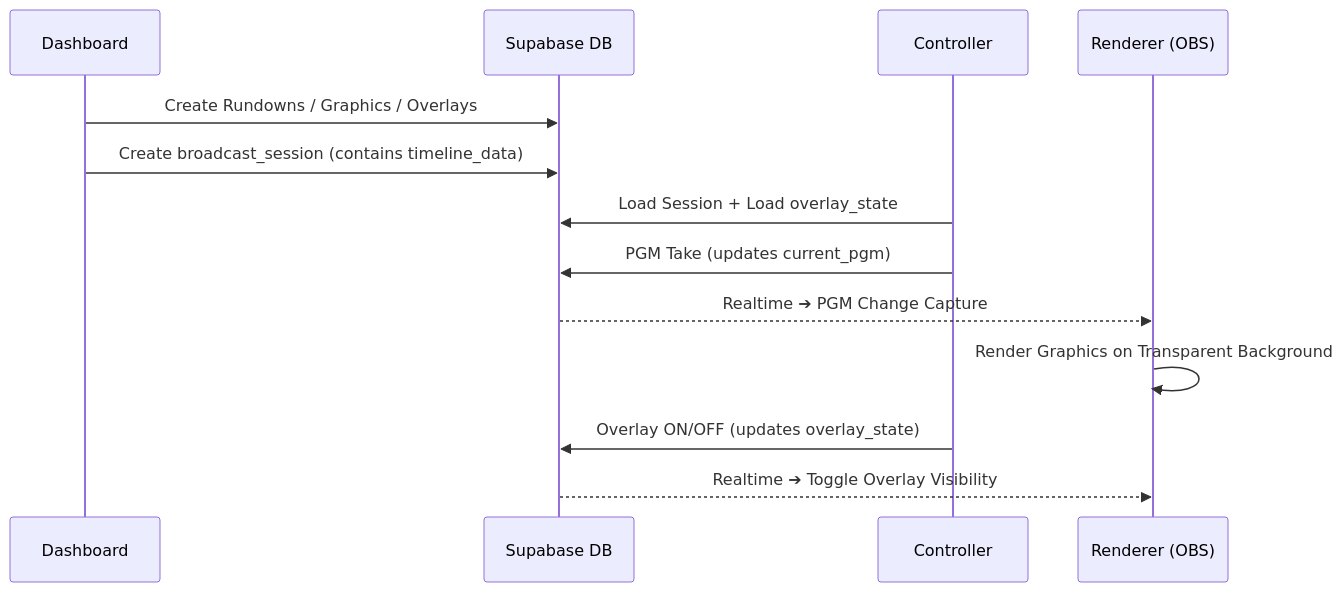
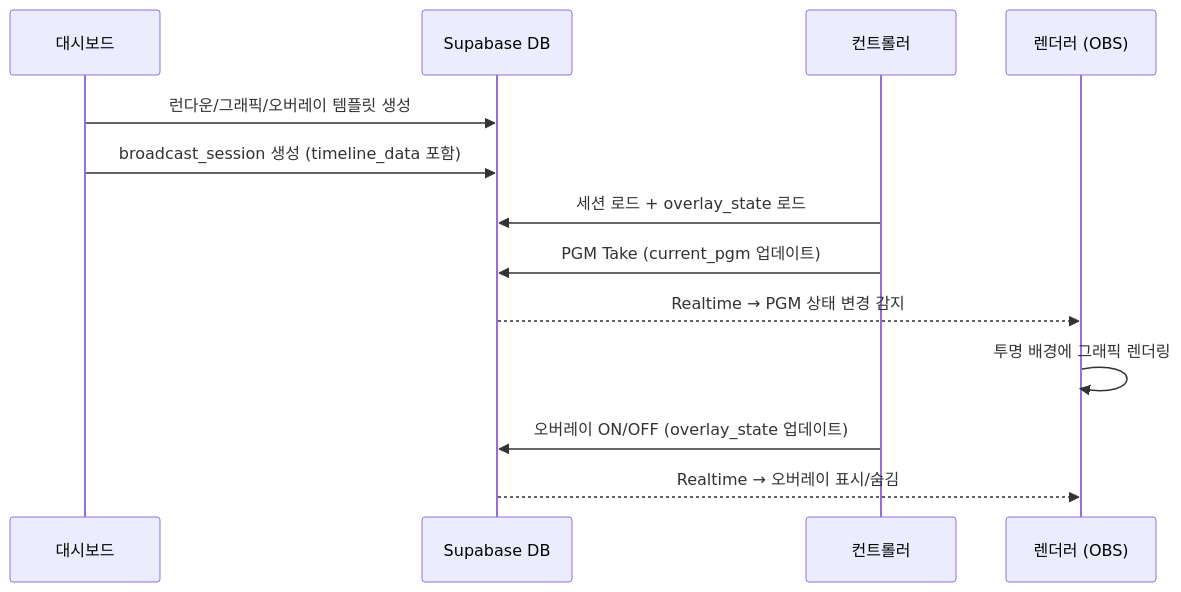
Before and after one commit to gkisanet/webcg-k: the first of 2 diagrams in webcg-k/README.md, drawn with Mermaid. The commit also changed other lines of this file and 155 other files, not shown here.

````diff
--- a/webcg-k/README.md
+++ b/webcg-k/README.md
@@ -39,16 +38,16 @@
 ```mermaid
 sequenceDiagram
-    participant D as Dashboard
+    participant D as 대시보드
     participant DB as Supabase DB
-    participant C as Controller
-    participant R as Renderer (OBS)
+    participant C as 컨트롤러
+    participant R as 렌더러 (OBS)
 
-    D->>DB: Create Rundowns / Graphics / Overlays
-    D->>DB: Create broadcast_session (contains timeline_data)
-    C->>DB: Load Session + Load overlay_state
-    C->>DB: PGM Take (updates current_pgm)
-    DB-->>R: Realtime ➔ PGM Change Capture
-    R->>R: Render Graphics on Transparent Background
-    C->>DB: Overlay ON/OFF (updates overlay_state)
-    DB-->>R: Realtime ➔ Toggle Overlay Visibility
+    D->>DB: 런다운/그래픽/오버레이 템플릿 생성
+    D->>DB: broadcast_session 생성 (timeline_data 포함)
+    C->>DB: 세션 로드 + overlay_state 로드
+    C->>DB: PGM Take (current_pgm 업데이트)
+    DB-->>R: Realtime → PGM 상태 변경 감지
+    R->>R: 투명 배경에 그래픽 렌더링
+    C->>DB: 오버레이 ON/OFF (overlay_state 업데이트)
+    DB-->>R: Realtime → 오버레이 표시/숨김
 ```
````
